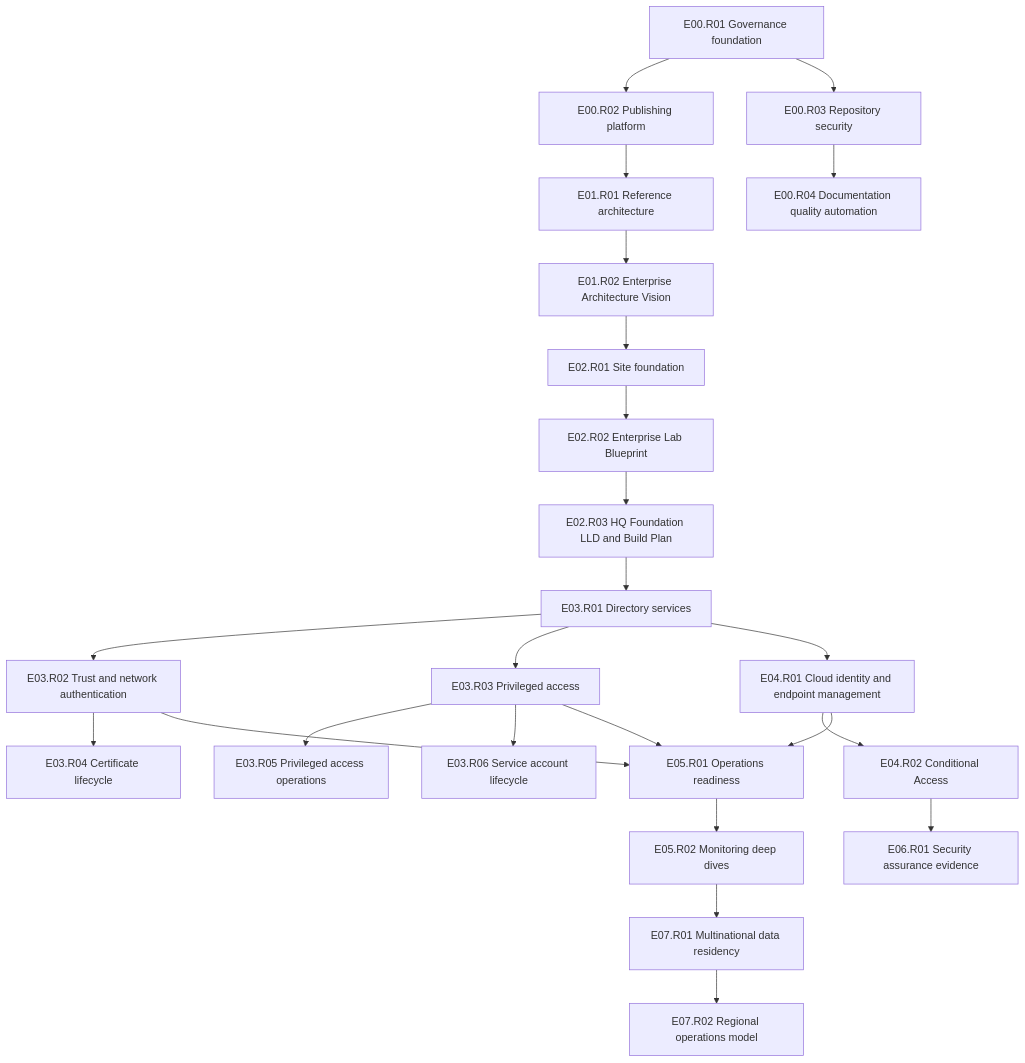
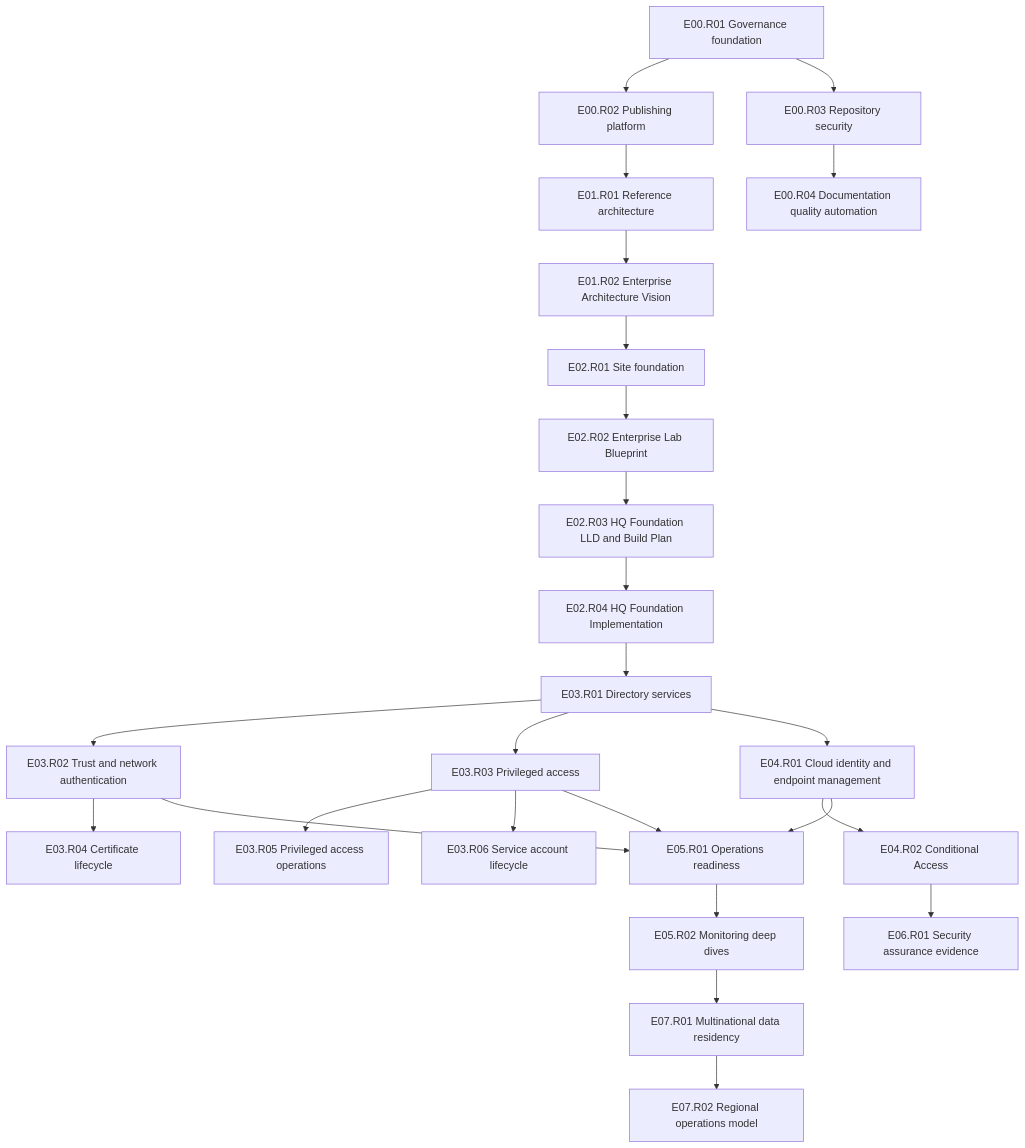
The second of 3 diagrams in docs/project/epic-release-architecture.md (gntech-dev/geil-enterprise-docs), drawn with Mermaid before and after one commit. The commit also changed other lines of this file and 10 other files, not shown here.

Commit message:
docs: add hq foundation implementation runbooks

````diff
--- a/docs/project/epic-release-architecture.md
+++ b/docs/project/epic-release-architecture.md
@@ -87,41 +87,42 @@
 ```mermaid
 flowchart TD
     R001[E00.R01 Governance foundation]
     R002[E00.R02 Publishing platform]
     R101[E01.R01 Reference architecture]
     R102[E01.R02 Enterprise Architecture Vision]
     R201[E02.R01 Site foundation]
     R202[E02.R02 Enterprise Lab Blueprint]
     R203[E02.R03 HQ Foundation LLD and Build Plan]
+    R204[E02.R04 HQ Foundation Implementation]
     R301[E03.R01 Directory services]
     R302[E03.R02 Trust and network authentication]
     R303[E03.R03 Privileged access]
     R401[E04.R01 Cloud identity and endpoint management]
     R501[E05.R01 Operations readiness]
     R304[E03.R04 Certificate lifecycle]
     R402[E04.R02 Conditional Access]
     R305[E03.R05 Privileged access operations]
     R306[E03.R06 Service account lifecycle]
     R003[E00.R03 Repository security]
     R004[E00.R04 Documentation quality automation]
     R701[E07.R01 Multinational data residency]
     R502[E05.R02 Monitoring deep dives]
     R601[E06.R01 Security assurance evidence]
     R702[E07.R02 Regional operations model]
 
-    R001 --> R002 --> R101 --> R102 --> R201 --> R202 --> R203 --> R301
+    R001 --> R002 --> R101 --> R102 --> R201 --> R202 --> R203 --> R204 --> R301
     R301 --> R302
     R301 --> R303
     R302 --> R304
     R303 --> R305
     R303 --> R306
     R301 --> R401
     R401 --> R402
     R302 --> R501
     R303 --> R501
     R401 --> R501
     R001 --> R003 --> R004
     R501 --> R502
     R402 --> R601
     R502 --> R701 --> R702
 ```
````
